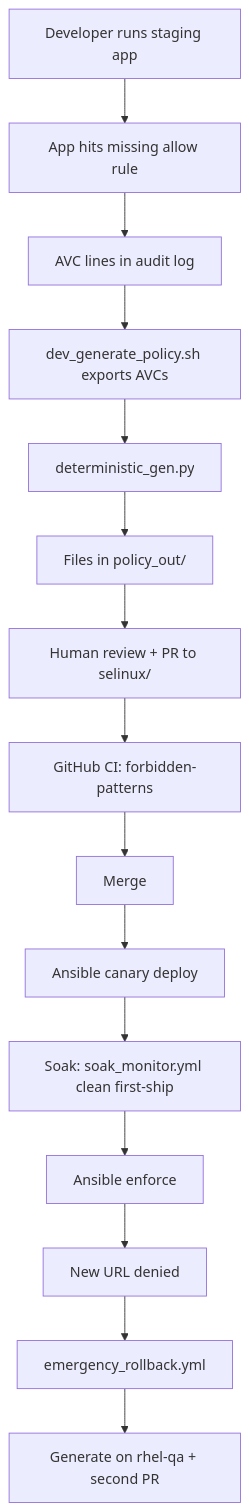
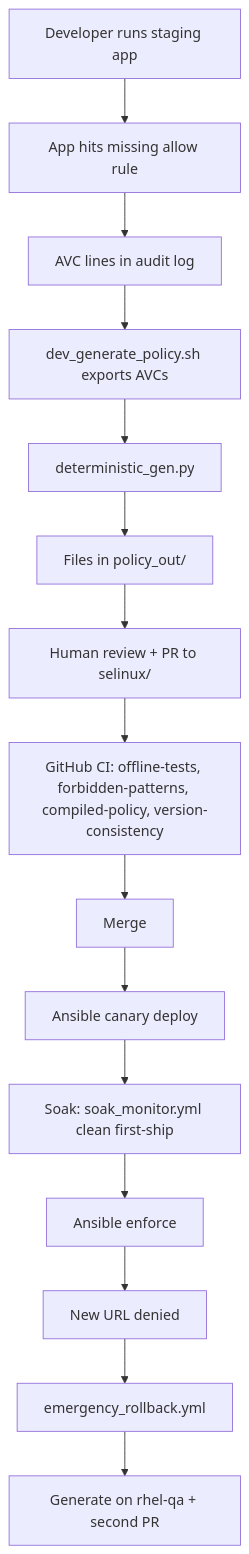
The first of 2 diagrams in docs/demo/201-CODE_WALKTHROUGH.md (anurag-saran/selinux-pac), drawn with Mermaid before and after one commit. The commit also changed other lines of this file and 12 other files, not shown here.

````diff
--- a/docs/demo/201-CODE_WALKTHROUGH.md
+++ b/docs/demo/201-CODE_WALKTHROUGH.md
@@ -74,17 +74,17 @@
 ```mermaid
 flowchart TD
   A[Developer runs staging app] --> B[App hits missing allow rule]
   B --> C[AVC lines in audit log]
   C --> D[dev_generate_policy.sh exports AVCs]
   D --> E[deterministic_gen.py]
   E --> F[Files in policy_out/]
   F --> G[Human review + PR to selinux/]
-  G --> H[GitHub CI: forbidden-patterns]
+  G --> H[GitHub CI: offline-tests, forbidden-patterns, compiled-policy, version-consistency]
   H --> I[Merge]
   I --> J[Ansible canary deploy]
   J --> K[Soak: soak_monitor.yml clean first-ship]
   K --> L[Ansible enforce]
   L --> M[New URL denied]
   M --> N[emergency_rollback.yml]
   N --> O[Generate on rhel-qa + second PR]
 ```
````
